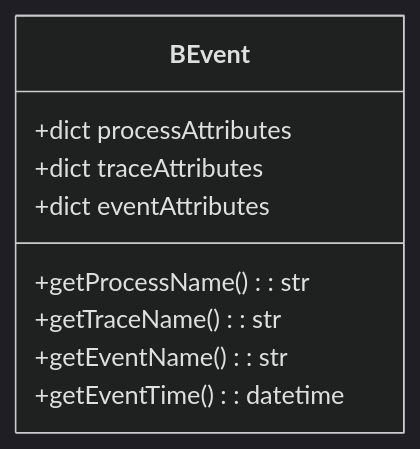
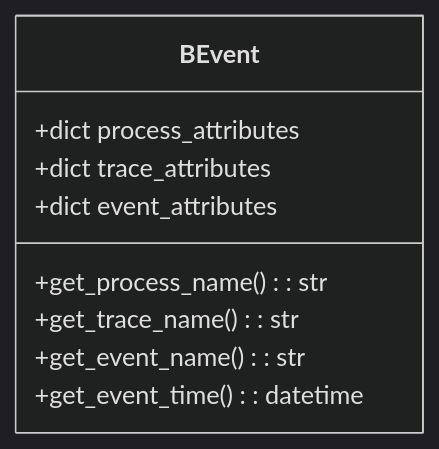
The diagram in docs/pybeamline.md (beamline/docs), drawn with Mermaid (dark theme) before and after one commit. The commit also changed other lines of this file, not shown here.

```diff
--- a/docs/pybeamline.md
+++ b/docs/pybeamline.md
@@ -22,12 +22,12 @@
 <div class="mermaid">
 classDiagram
 class BEvent {
-    +dict processAttributes
-    +dict traceAttributes
-    +dict eventAttributes
-    +getProcessName(): str
-    +getTraceName(): str
-    +getEventName(): str
-    +getEventTime(): datetime
+    +dict process_attributes
+    +dict trace_attributes
+    +dict event_attributes
+    +get_process_name(): str
+    +get_trace_name(): str
+    +get_event_name(): str
+    +get_event_time(): datetime
 }
 </div>
```
